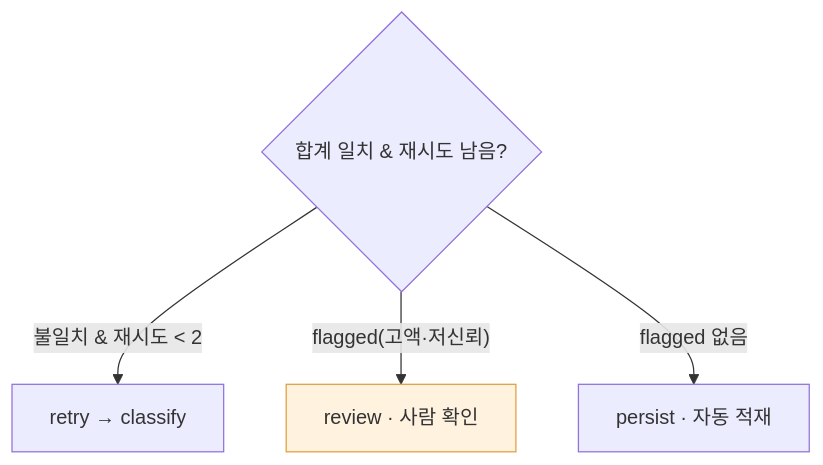
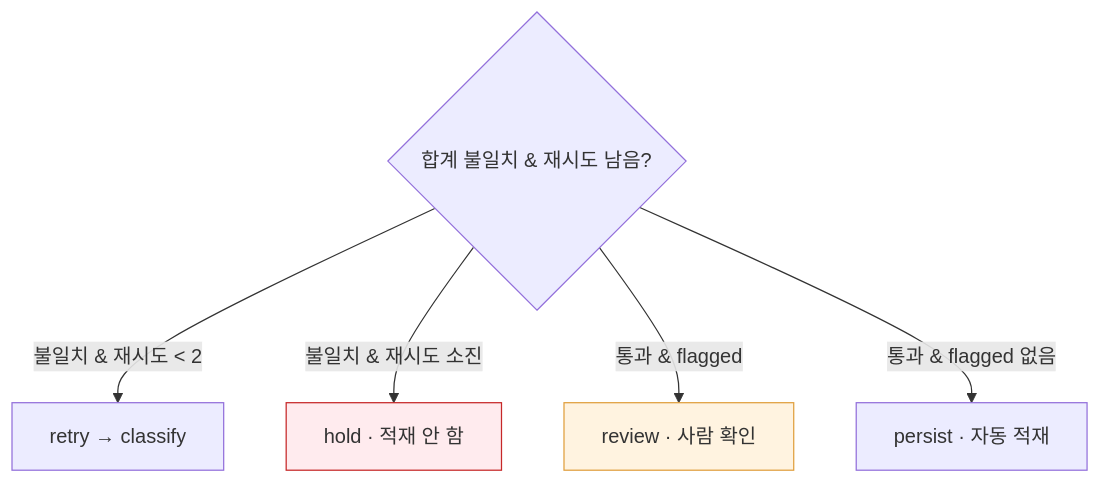
Before and after one commit to Yo-sure/deepagents-handson: the third of 5 diagrams in books/md/Chapter 2. LangChain LangGraph Agent와 Harness 구조.md, drawn with Mermaid. The commit also changed other lines of this file and 26 other files, not shown here.

````diff
--- a/books/md/Chapter 2. LangChain LangGraph Agent와 Harness 구조.md
+++ b/books/md/Chapter 2. LangChain LangGraph Agent와 Harness 구조.md
@@ -274,8 +278,10 @@
 ```mermaid
 flowchart TD
-    V{"합계 일치 & 재시도 남음?"}
+    V{"합계 불일치 & 재시도 남음?"}
     V -->|"불일치 & 재시도 < 2"| R["retry → classify"]
-    V -->|"flagged(고액·저신뢰)"| RV["review · 사람 확인"]
-    V -->|"flagged 없음"| P2["persist · 자동 적재"]
+    V -->|"불일치 & 재시도 소진"| H["hold · 적재 안 함"]
+    V -->|"통과 & flagged"| RV["review · 사람 확인"]
+    V -->|"통과 & flagged 없음"| P2["persist · 자동 적재"]
     style RV fill:#fff3e0,stroke:#e09f3e
+    style H fill:#ffebee,stroke:#c62828
 ```
````
